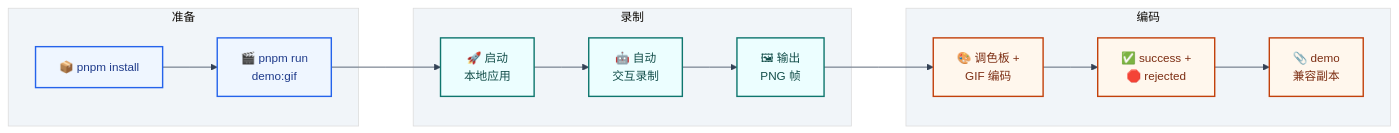
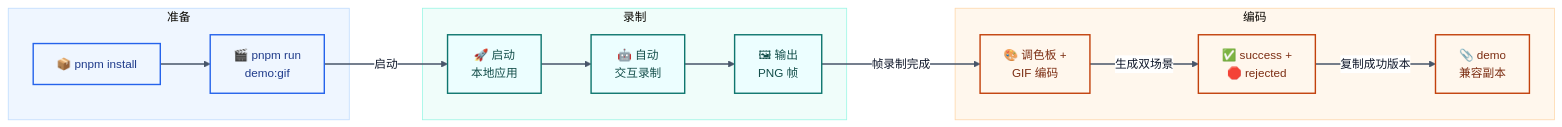
Before and after one commit to sunshineluyao/Moss-Mcp-Transaction: the sixth of 8 diagrams in README.md, drawn with Mermaid. The commit also changed other lines of this file, not shown here.

Commit message:
docs: improve Mermaid chart clarity and styling

````diff
--- a/README.md
+++ b/README.md
@@ -566,29 +583,33 @@
 ```mermaid
-%%{init: {'theme':'base','flowchart': {'htmlLabels': true, 'nodeSpacing': 56, 'rankSpacing': 70, 'curve': 'linear'},'themeVariables': {'fontFamily':'Trebuchet MS, Segoe UI, sans-serif','fontSize':'15px','primaryColor':'#eef6ff','primaryBorderColor':'#3b82f6','primaryTextColor':'#0f172a','lineColor':'#334155','secondaryColor':'#f8fafc','tertiaryColor':'#f1f5f9','edgeLabelBackground':'#e2e8f0'}}}%%
+%%{init: {'theme':'base','flowchart': {'htmlLabels': true, 'nodeSpacing': 48, 'rankSpacing': 64, 'curve': 'basis'},'themeVariables': {'fontFamily':'Inter, Segoe UI, sans-serif','fontSize':'15px','primaryTextColor':'#0f172a','lineColor':'#475569','clusterBkg':'#f8fafc','clusterBorder':'#cbd5e1','edgeLabelBackground':'#ffffff'}}}%%
 flowchart LR
   subgraph P1[准备]
     A["📦 pnpm install"] --> B["🎬 pnpm run<br/>demo:gif"]
   end
 
   subgraph P2[录制]
     C["🚀 启动<br/>本地应用"] --> D["🤖 自动<br/>交互录制"]
     D --> E["🖼 输出<br/>PNG 帧"]
   end
 
   subgraph P3[编码]
     F["🎨 调色板 +<br/>GIF 编码"]
     G["✅ success +<br/>🛑 rejected"]
     H["📎 demo<br/>兼容副本"]
   end
 
-  B --> C
-  E --> F --> G --> H
+  B -->|启动| C
+  E -->|帧录制完成| F -->|生成双场景| G -->|复制成功版本| H
 
   classDef prep fill:#eff6ff,stroke:#2563eb,stroke-width:1.8px,color:#1e3a8a;
   classDef capture fill:#ecfeff,stroke:#0f766e,stroke-width:1.8px,color:#134e4a;
   classDef encode fill:#fff7ed,stroke:#c2410c,stroke-width:1.8px,color:#7c2d12;
 
   class A,B prep;
   class C,D,E capture;
   class F,G,H encode;
+  style P1 fill:#eff6ff,stroke:#bfdbfe,stroke-width:1px
+  style P2 fill:#f0fdfa,stroke:#99f6e4,stroke-width:1px
+  style P3 fill:#fff7ed,stroke:#fed7aa,stroke-width:1px
+  linkStyle default stroke:#475569,stroke-width:2px;
 ```
````
